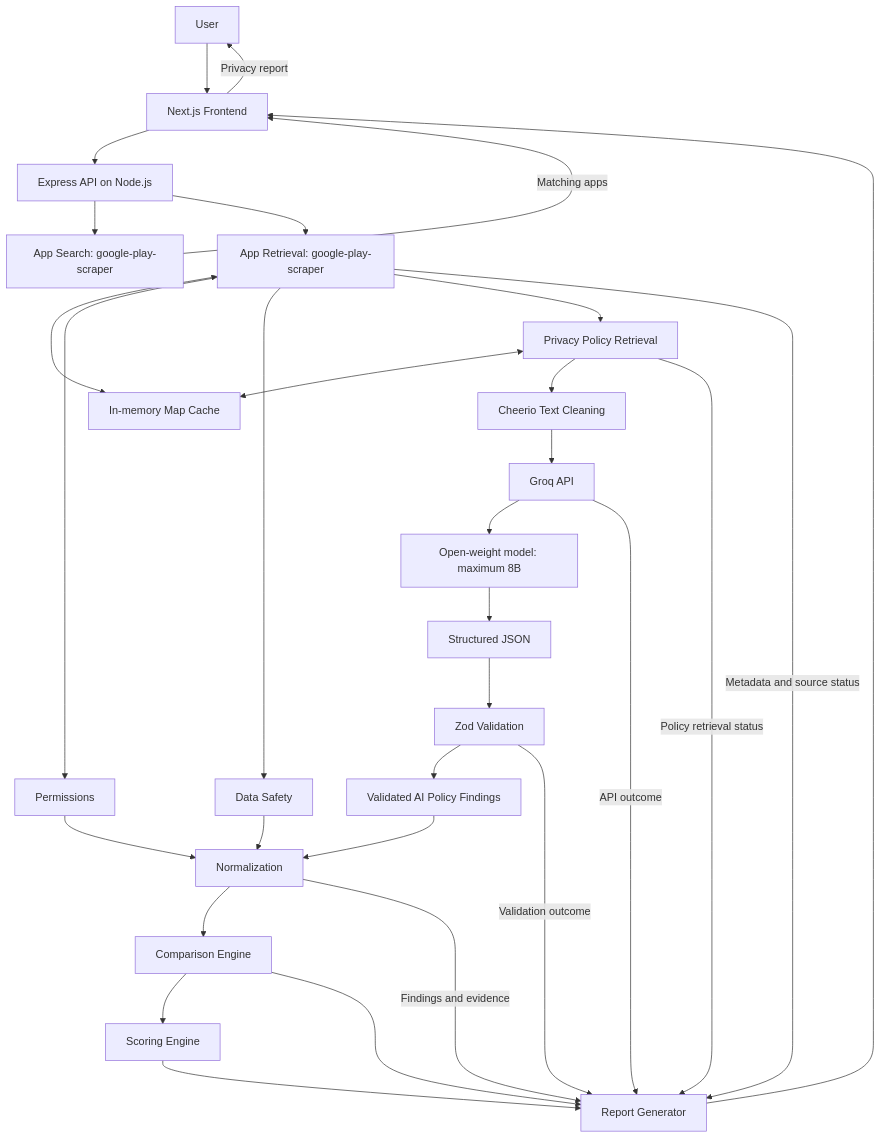
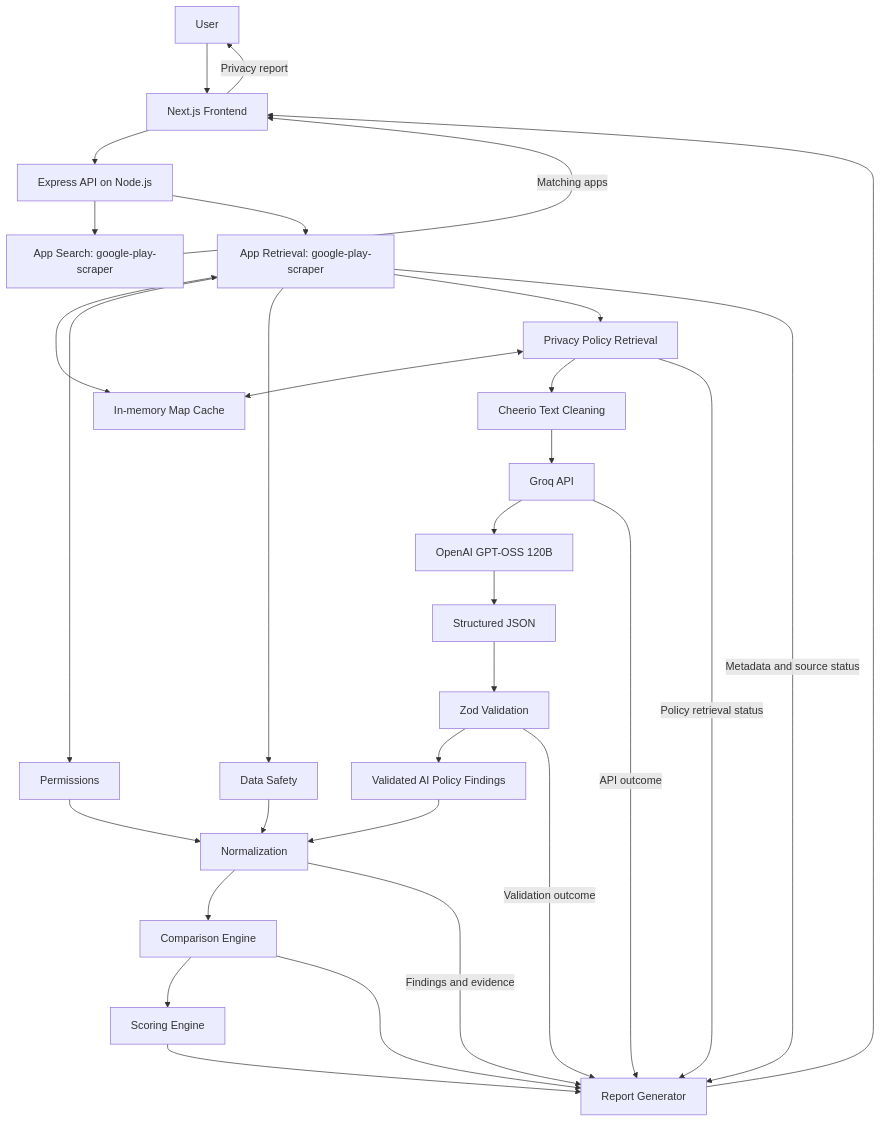
Before and after one commit to Abdullahxbytes/Priv_Labs: the first of 3 diagrams in docs/ARCHITECTURE.md, drawn with Mermaid. The commit also changed other lines of this file and 70 other files, not shown here.

````diff
--- a/docs/ARCHITECTURE.md
+++ b/docs/ARCHITECTURE.md
@@ -63,33 +63,33 @@
 ```mermaid
 flowchart TD
     U[User] --> F[Next.js Frontend]
     F --> B[Express API on Node.js]
     B --> S[App Search: google-play-scraper]
     S -->|Matching apps| F
     B --> R[App Retrieval: google-play-scraper]
     R <--> C[In-memory Map Cache]
     R --> P[Permissions]
     R --> D[Data Safety]
     R --> PR[Privacy Policy Retrieval]
     PR <--> C
     PR --> T[Cheerio Text Cleaning]
     T --> AI[Groq API]
-    AI --> M[Open-weight model: maximum 8B]
+    AI --> M[OpenAI GPT-OSS 120B]
     M --> J[Structured JSON]
     J --> V[Zod Validation]
     V --> PF[Validated AI Policy Findings]
     P --> N[Normalization]
     D --> N
     PF --> N
     N --> CE[Comparison Engine]
     CE --> SE[Scoring Engine]
     SE --> RG[Report Generator]
     CE --> RG
     N -->|Findings and evidence| RG
     R -->|Metadata and source status| RG
     PR -->|Policy retrieval status| RG
     V -->|Validation outcome| RG
     AI -->|API outcome| RG
     RG --> F
     F -->|Privacy report| U
 ```
````
